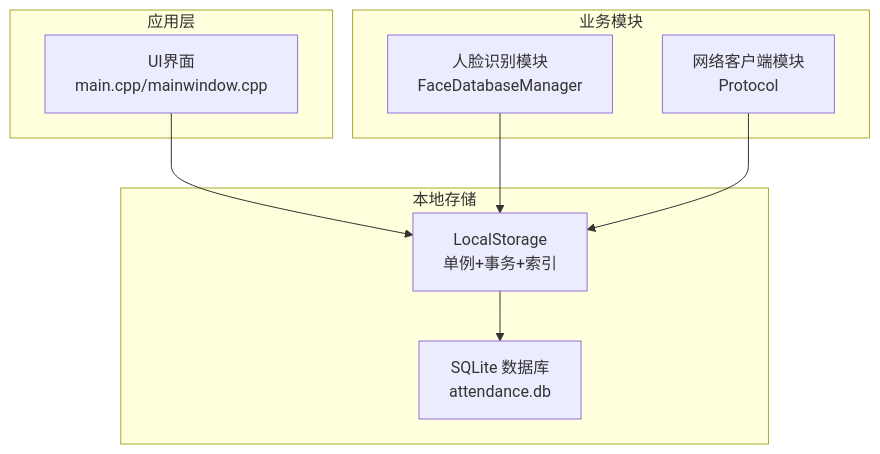
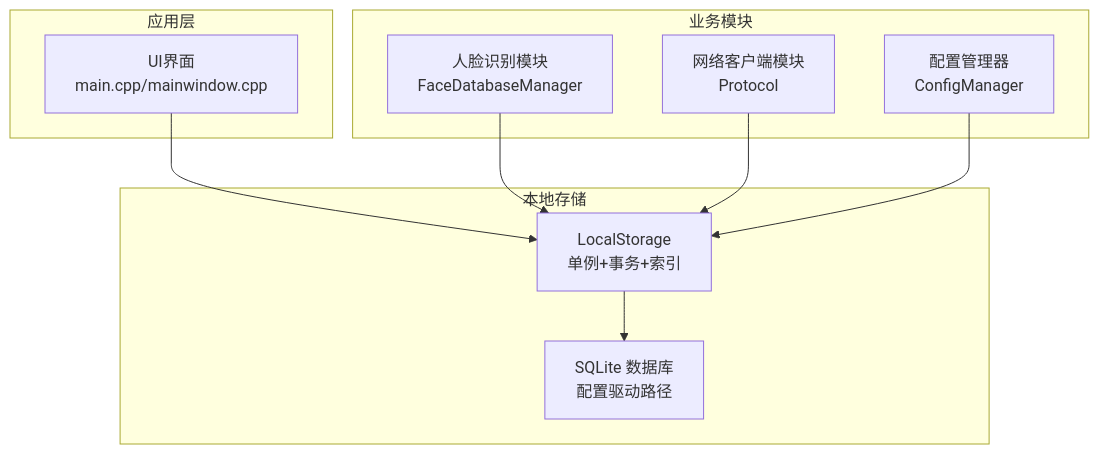
Before and after one commit to HeQiTZD/Triple-terminal-Attendance-Punching-System: the first of 8 diagrams in .qoder/repowiki/zh/content/核心模块/本地存储模块.md, drawn with Mermaid. The commit also changed other lines of this file and 44 other files, not shown here.

````diff
--- a/.qoder/repowiki/zh/content/核心模块/本地存储模块.md
+++ b/.qoder/repowiki/zh/content/核心模块/本地存储模块.md
@@ -32,18 +41,20 @@
 ```mermaid
 graph TB
 subgraph "应用层"
 UI["UI界面<br/>main.cpp/mainwindow.cpp"]
 end
 subgraph "业务模块"
 FRM["人脸识别模块<br/>FaceDatabaseManager"]
 NET["网络客户端模块<br/>Protocol"]
+CFG["配置管理器<br/>ConfigManager"]
 end
 subgraph "本地存储"
 LS["LocalStorage<br/>单例+事务+索引"]
-DB["SQLite 数据库<br/>attendance.db"]
+DB["SQLite 数据库<br/>配置驱动路径"]
 end
 UI --> LS
 FRM --> LS
 NET --> LS
+CFG --> LS
 LS --> DB
 ```
````
